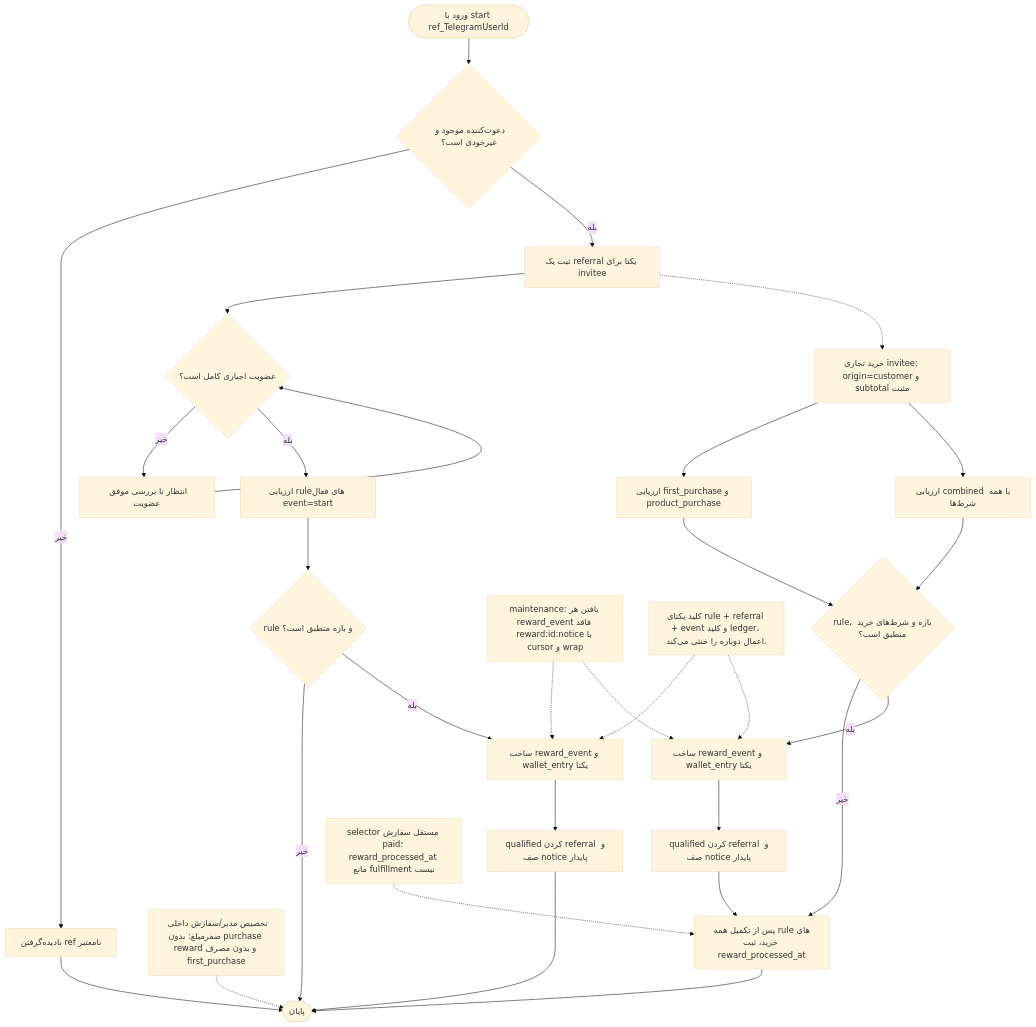
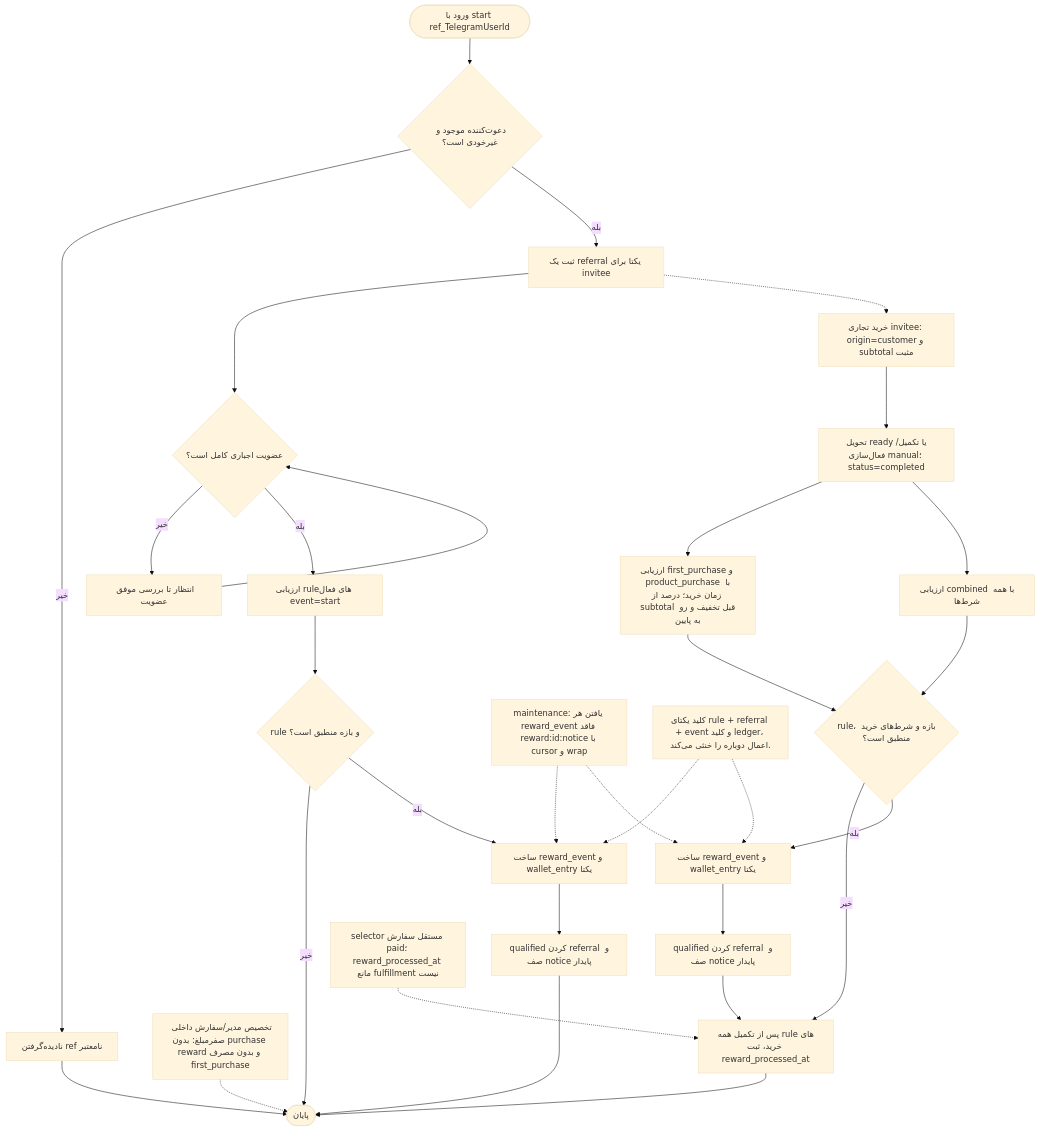
Before and after one commit to mohamadkheiry/aibotTelegram: the diagram in docs/diagrams/12-activity-referral-reward.mmd, drawn with Mermaid (base theme). The commit also changed 42 other files, not shown here.

```diff
--- a/docs/diagrams/12-activity-referral-reward.mmd
+++ b/docs/diagrams/12-activity-referral-reward.mmd
@@ -1,46 +1,47 @@
 flowchart TD
     A(["ورود با start ref_TelegramUserId"])
     B{"دعوت‌کننده موجود و غیرخودی است؟"}
     C["نادیده‌گرفتن ref نامعتبر"]
     D["ثبت یک referral یکتا برای invitee"]
     E{"عضویت اجباری کامل است؟"}
     F["انتظار تا بررسی موفق عضویت"]
 
     G["ارزیابی ruleهای فعال event=start"]
     GS{"rule و بازه منطبق است؟"}
     GR["ساخت reward_event و wallet_entry یکتا"]
     GN["qualified کردن referral و صف notice پایدار"]
 
     H["خرید تجاری invitee: origin=customer و subtotal مثبت"]
     HX["تخصیص مدیر/سفارش داخلی صفرمبلغ: بدون purchase reward و بدون مصرف first_purchase"]
-    I["ارزیابی first_purchase و product_purchase"]
+    HD["تحویل ready یا تکمیل/فعال‌سازی manual؛ status=completed"]
+    I["ارزیابی first_purchase و product_purchase با زمان خرید؛ درصد از subtotal قبل تخفیف و رو به پایین"]
     J["ارزیابی combined با همه شرط‌ها"]
     K{"rule، بازه و شرط‌های خرید منطبق است؟"}
     L["ساخت reward_event و wallet_entry یکتا"]
     M["qualified کردن referral و صف notice پایدار"]
     P["پس از تکمیل همه ruleهای خرید، ثبت reward_processed_at"]
     R["maintenance: یافتن هر reward_event فاقد reward:id:notice با cursor و wrap"]
     S["selector مستقل سفارش paid؛ reward_processed_at مانع fulfillment نیست"]
     Q(["پایان"])
 
     A --> B
     B -->|"خیر"| C --> Q
     B -->|"بله"| D --> E
     E -->|"خیر"| F --> E
     E -->|"بله"| G --> GS
     GS -->|"خیر"| Q
     GS -->|"بله"| GR --> GN --> Q
 
     D -.-> H
     HX -.-> Q
-    H --> I --> K
-    H --> J --> K
+    H --> HD --> I --> K
+    HD --> J --> K
     K -->|"خیر"| P
     K -->|"بله"| L --> M --> P --> Q
 
     Exact["کلید یکتای rule + referral + event و کلید ledger، اعمال دوباره را خنثی می‌کند."]
     Exact -.-> GR
     Exact -.-> L
     R -.-> GR
     R -.-> L
     S -.-> P
```
